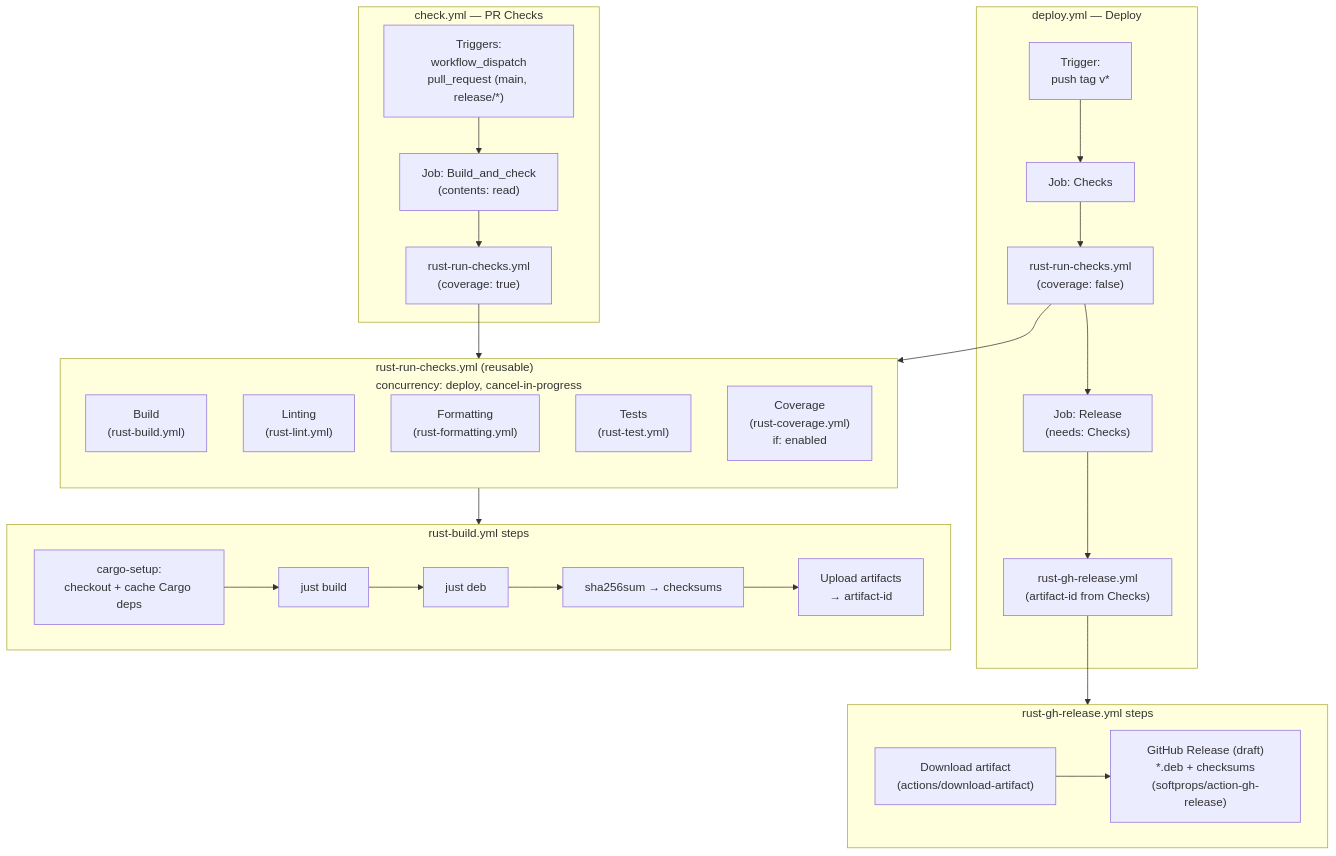
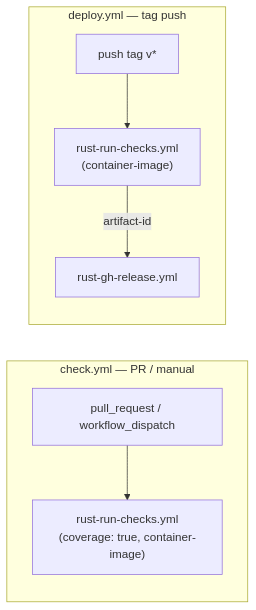
The diagram in .github/workflows/ci-cd-pipeline.mmd (tylerkelly13/aptupdatechecker), drawn with Mermaid before and after one commit. The commit also changed 2 other files, not shown here.

Commit message:
docs: Update CI/CD diagrams and the development doc

```diff
--- a/.github/workflows/ci-cd-pipeline.mmd
+++ b/.github/workflows/ci-cd-pipeline.mmd
@@ -1,43 +1,9 @@
-flowchart TD
-    subgraph checks["check.yml — PR Checks"]
-        A1["Triggers:\nworkflow_dispatch\npull_request (main, release/*)"]
-        A1 --> A2["Job: Build_and_check\n(contents: read)"]
-        A2 --> RC["rust-run-checks.yml\n(coverage: true)"]
+graph LR
+    subgraph checks["check.yml — PR / manual"]
+        A1["pull_request / workflow_dispatch"] --> A2["rust-run-checks.yml\n(coverage: true, container-image)"]
     end
 
-    subgraph deploy["deploy.yml — Deploy"]
-        B1["Trigger:\npush tag v*"]
-        B1 --> B2["Job: Checks"]
-        B2 --> RC2["rust-run-checks.yml\n(coverage: false)"]
-        RC2 --> B3["Job: Release\n(needs: Checks)"]
-        B3 --> GHR["rust-gh-release.yml\n(artifact-id from Checks)"]
+    subgraph deploy["deploy.yml — tag push"]
+        B1["push tag v*"] --> B2["rust-run-checks.yml\n(container-image)"]
+        B2 -->|"artifact-id"| B3["rust-gh-release.yml"]
     end
-
-    subgraph run_checks["rust-run-checks.yml (reusable)\nconcurrency: deploy, cancel-in-progress"]
-        direction TB
-        RCB["Build\n(rust-build.yml)"]
-        RCL["Linting\n(rust-lint.yml)"]
-        RCF["Formatting\n(rust-formatting.yml)"]
-        RCT["Tests\n(rust-test.yml)"]
-        RCC["Coverage\n(rust-coverage.yml)\nif: enabled"]
-    end
-
-    subgraph rust_build["rust-build.yml steps"]
-        S1["cargo-setup:\ncheckout + cache Cargo deps"]
-        S2["just build"]
-        S3["just deb"]
-        S4["sha256sum → checksums"]
-        S5["Upload artifacts\n→ artifact-id"]
-        S1 --> S2 --> S3 --> S4 --> S5
-    end
-
-    subgraph gh_release["rust-gh-release.yml steps"]
-        R1["Download artifact\n(actions/download-artifact)"]
-        R2["GitHub Release (draft)\n*.deb + checksums\n(softprops/action-gh-release)"]
-        R1 --> R2
-    end
-
-    RC --> run_checks
-    RC2 --> run_checks
-    RCB --> rust_build
-    GHR --> gh_release
```
